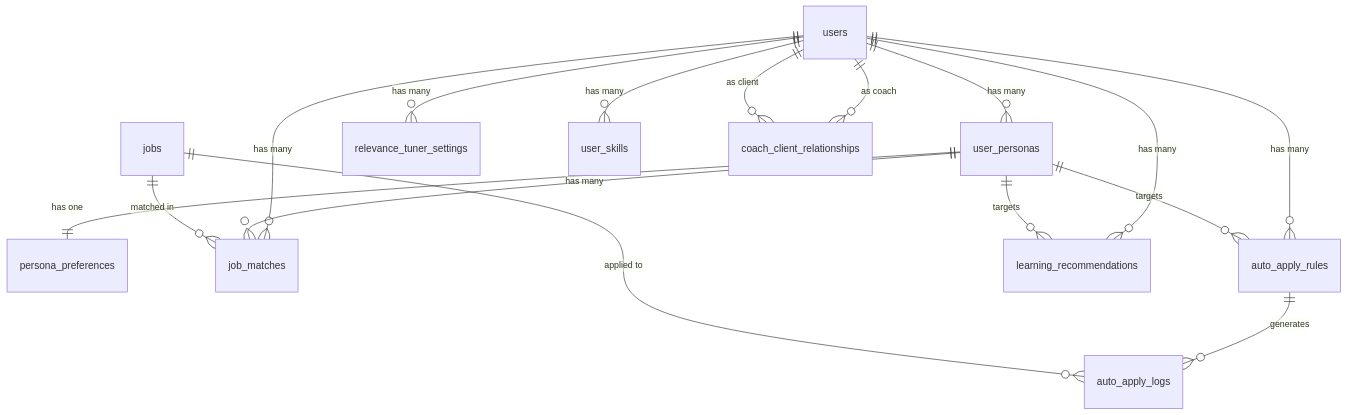
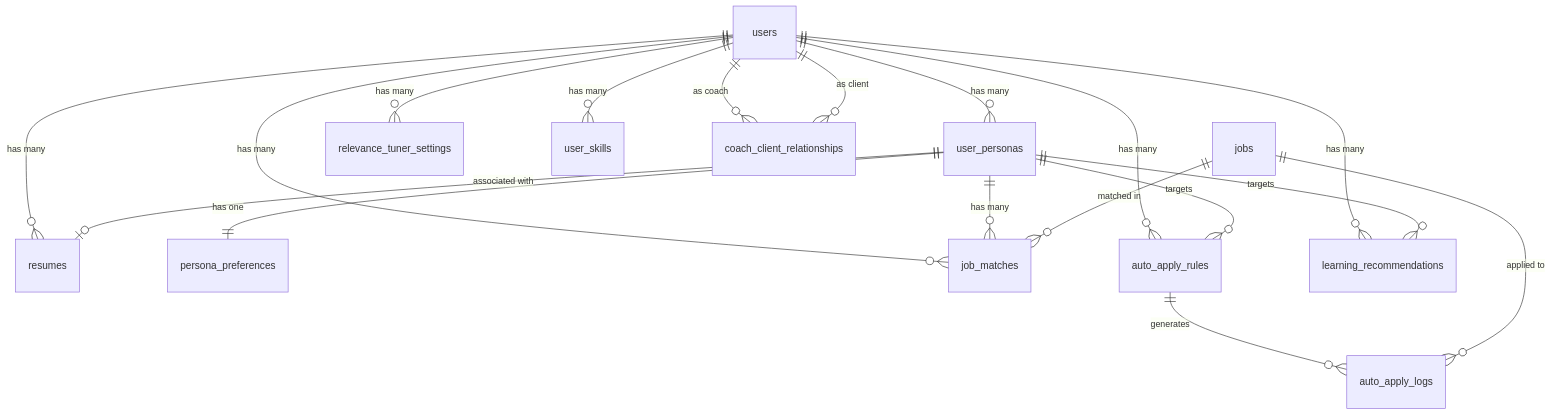
Before and after one commit to thepennylaneproject/Relevnt: the diagram in docs/SCHEMA_V2.md, drawn with Mermaid. The commit also changed other lines of this file and 73 other files, not shown here.

````diff
--- a/docs/SCHEMA_V2.md
+++ b/docs/SCHEMA_V2.md
@@ -7,24 +7,26 @@
 ```mermaid
 erDiagram
     users ||--o{ user_personas : "has many"
+    users ||--o{ resumes : "has many"
+    user_personas ||--o| resumes : "associated with"
     user_personas ||--|| persona_preferences : "has one"
     
     users ||--o{ job_matches : "has many"
     user_personas ||--o{ job_matches : "has many"
     jobs ||--o{ job_matches : "matched in"
     
     users ||--o{ auto_apply_rules : "has many"
     user_personas ||--o{ auto_apply_rules : "targets"
     auto_apply_rules ||--o{ auto_apply_logs : "generates"
     jobs ||--o{ auto_apply_logs : "applied to"
     
     users ||--o{ relevance_tuner_settings : "has many"
     
     users ||--o{ user_skills : "has many"
     
     users ||--o{ learning_recommendations : "has many"
     user_personas ||--o{ learning_recommendations : "targets"
     
     users ||--o{ coach_client_relationships : "as coach"
     users ||--o{ coach_client_relationships : "as client"
 ```
````
